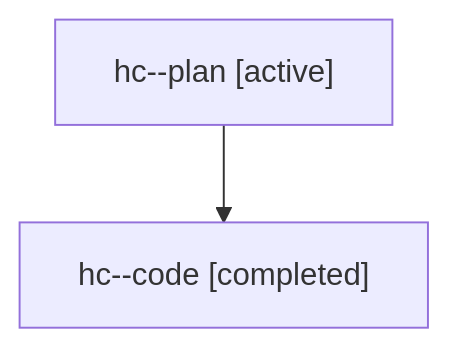
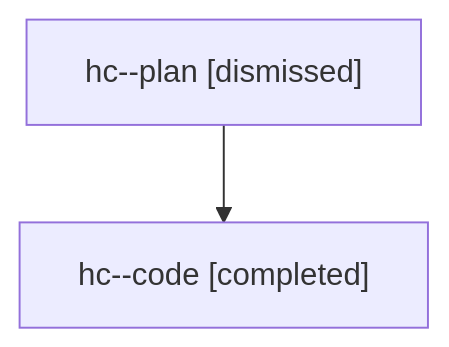
One commit to sase-org/sase--agents changed the diagram in sessions/bbugyi200.athena.hc.md. Above: the diagram before and after it, drawn with Mermaid. The commit also changed other lines of this file and 37 other files, not shown here.

````diff
--- a/sessions/bbugyi200.athena.hc.md
+++ b/sessions/bbugyi200.athena.hc.md
@@ -9,6 +9,6 @@
 ```mermaid
 flowchart TD
-  n0["hc--plan [active]"]
+  n0["hc--plan [dismissed]"]
   n1["hc--code [completed]"]
   n0 --> n1
 ```
````
